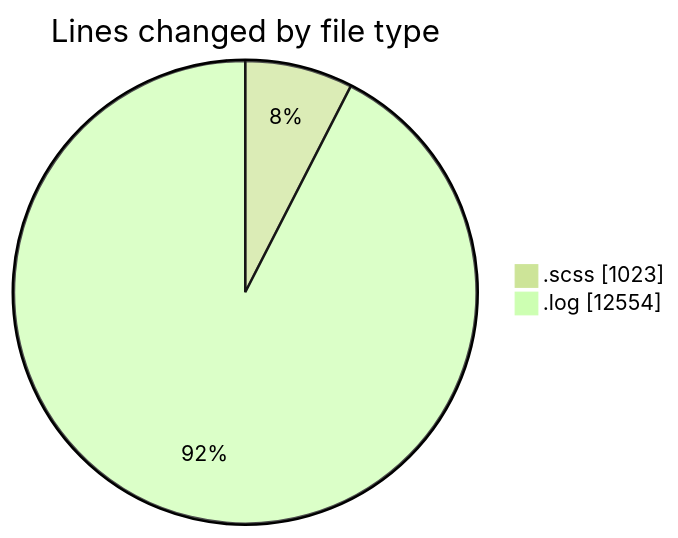
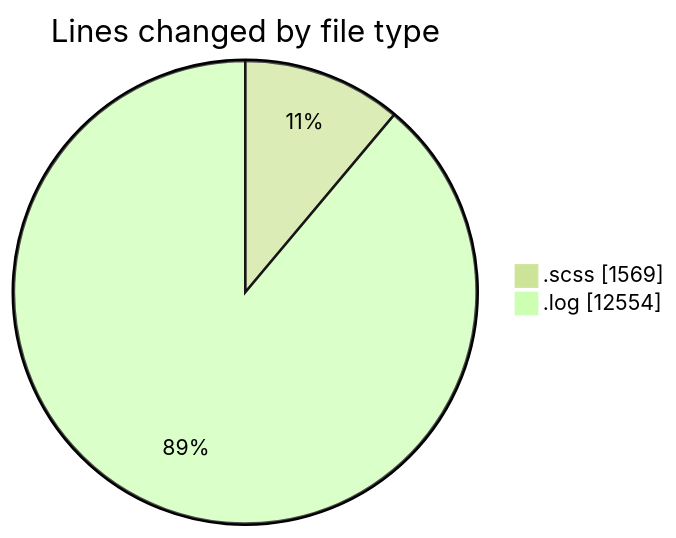
The first of 2 diagrams in 2026-01-21/cda/README.md (momahboobian/code-tracking), drawn with Mermaid (forest theme) before and after one commit. The commit also changed other lines of this file and 1 other file, not shown here.

````diff
--- a/2026-01-21/cda/README.md
+++ b/2026-01-21/cda/README.md
@@ -25,6 +26,6 @@
 ```mermaid
 pie showData
 title Lines changed by file type
-".scss" : 1023
+".scss" : 1569
 ".log" : 12554
 ```
````
